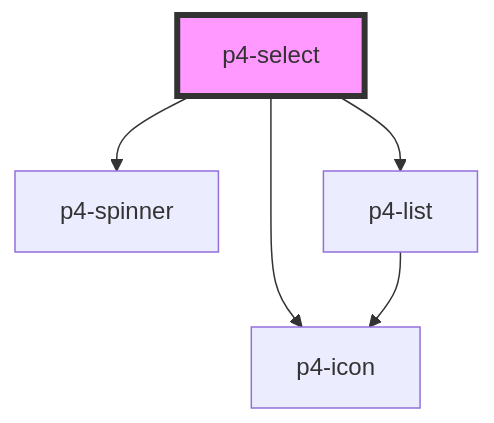
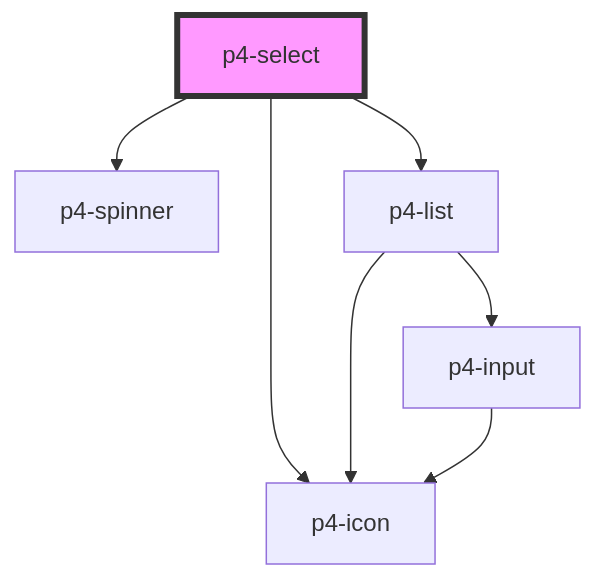
Before and after one commit to goatui/components: the diagram in src/components/p4-select/readme.md, drawn with Mermaid. The commit also changed other lines of this file and 62 other files, not shown here.

````diff
--- a/src/components/p4-select/readme.md
+++ b/src/components/p4-select/readme.md
@@ -70,8 +61,10 @@
 ```mermaid
 graph TD;
   p4-select --> p4-icon
   p4-select --> p4-spinner
   p4-select --> p4-list
   p4-list --> p4-icon
+  p4-list --> p4-input
+  p4-input --> p4-icon
   style p4-select fill:#f9f,stroke:#333,stroke-width:4px
 ```
````
